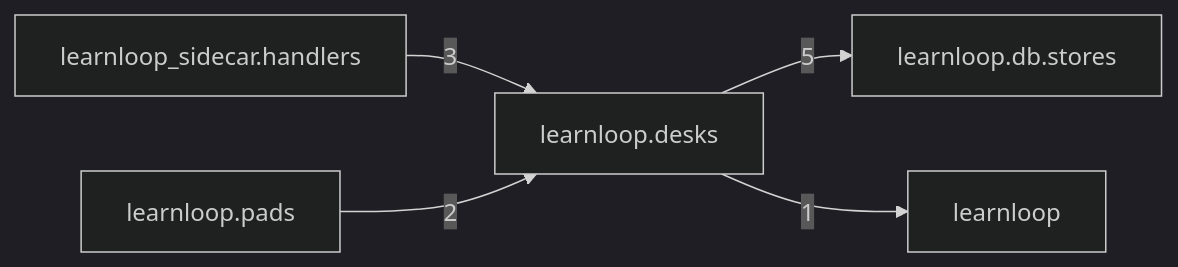
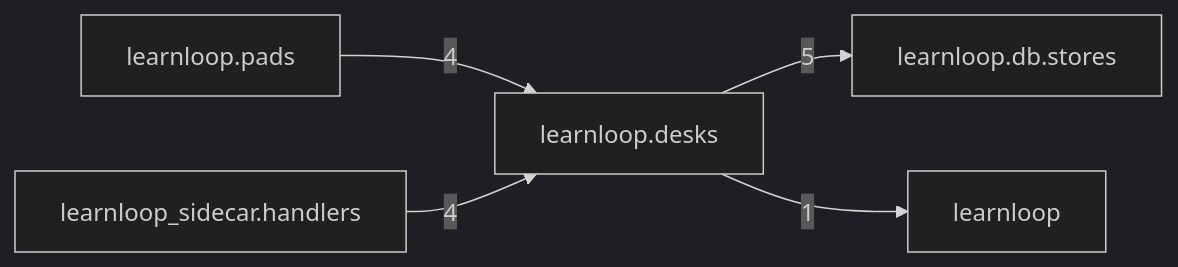
Before and after one commit to 6up-b/learnanything: the diagram in docs/learnloop-architecture-vault/Reference/Modules/learnloop/desks/_package.md, drawn with Mermaid (dark theme). The commit also changed other lines of this file and 315 other files, not shown here.

````diff
--- a/docs/learnloop-architecture-vault/Reference/Modules/learnloop/desks/_package.md
+++ b/docs/learnloop-architecture-vault/Reference/Modules/learnloop/desks/_package.md
@@ -69,12 +69,12 @@
 ```mermaid
 flowchart LR
     center["learnloop.desks"]
     n_learnloop_db_stores["learnloop.db.stores"]
+    n_learnloop_pads["learnloop.pads"]
     n_learnloop_sidecar_handlers["learnloop_sidecar.handlers"]
-    n_learnloop_pads["learnloop.pads"]
     n_learnloop["learnloop"]
     center -->|5| n_learnloop_db_stores
-    n_learnloop_sidecar_handlers -->|3| center
-    n_learnloop_pads -->|2| center
+    n_learnloop_pads -->|4| center
+    n_learnloop_sidecar_handlers -->|4| center
     center -->|1| n_learnloop
 ```
````
